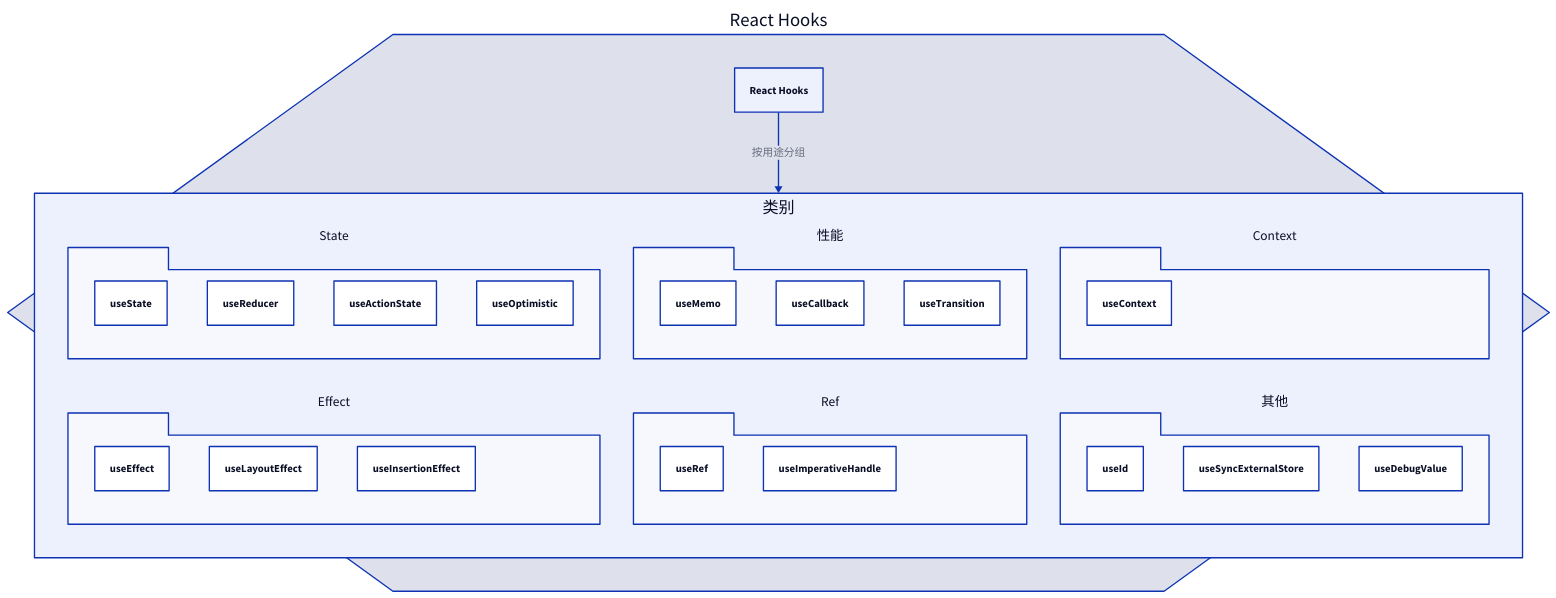
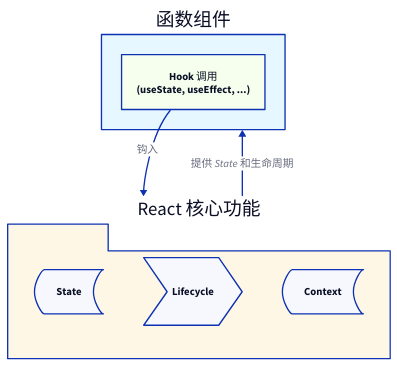
The diagram in packages/react/.aigne/doc-smith/docs/hooks.zh.md (lban2049/react), drawn with D2 before and after one commit. The commit also changed other lines of this file and 46 other files, not shown here.

````diff
--- a/packages/react/.aigne/doc-smith/docs/hooks.zh.md
+++ b/packages/react/.aigne/doc-smith/docs/hooks.zh.md
@@ -13,54 +11,27 @@
 ```d2
 direction: down
 
-"React Hooks": {
-  shape: hexagon
-  
-  "类别": {
-    grid-columns: 3
-    grid-gap: 50
+"函数组件": {
+  shape: rectangle
+  style.fill: "#e6f7ff"
 
-    "State": {
-      shape: package
-      "useState"
-      "useReducer"
-      "useActionState"
-      "useOptimistic"
-    }
+  "Hooks": {
+    label: "Hook 调用\n(useState, useEffect, ...)"
+    shape: rectangle
+    style.fill: "#f6ffed"
+  }
+}
 
-    "Effect": {
-      shape: package
-      "useEffect"
-      "useLayoutEffect"
-      "useInsertionEffect"
-    }
+"React 核心": {
+  shape: package
+  label: "React 核心功能"
+  style.fill: "#fff7e6"
 
-    "性能": {
-      shape: package
-      "useMemo"
-      "useCallback"
-      "useTransition"
-    }
-    
-    "Ref": {
-      shape: package
-      "useRef"
-      "useImperativeHandle"
-    }
+  State: { shape: stored_data }
+  Lifecycle: { shape: step }
+  Context: { shape: stored_data }
+}
 
-    "Context": {
-      shape: package
-      "useContext"
-    }
-
-    "其他": {
-      shape: package
-      "useId"
-      "useSyncExternalStore"
-      "useDebugValue"
-    }
-  }
-
-  "React Hooks" -> "类别": "按用途分组"
-}
+"函数组件".Hooks -> "React 核心": "钩入"
+"React 核心" -> "函数组件": "提供 State 和生命周期"
 ```
````
